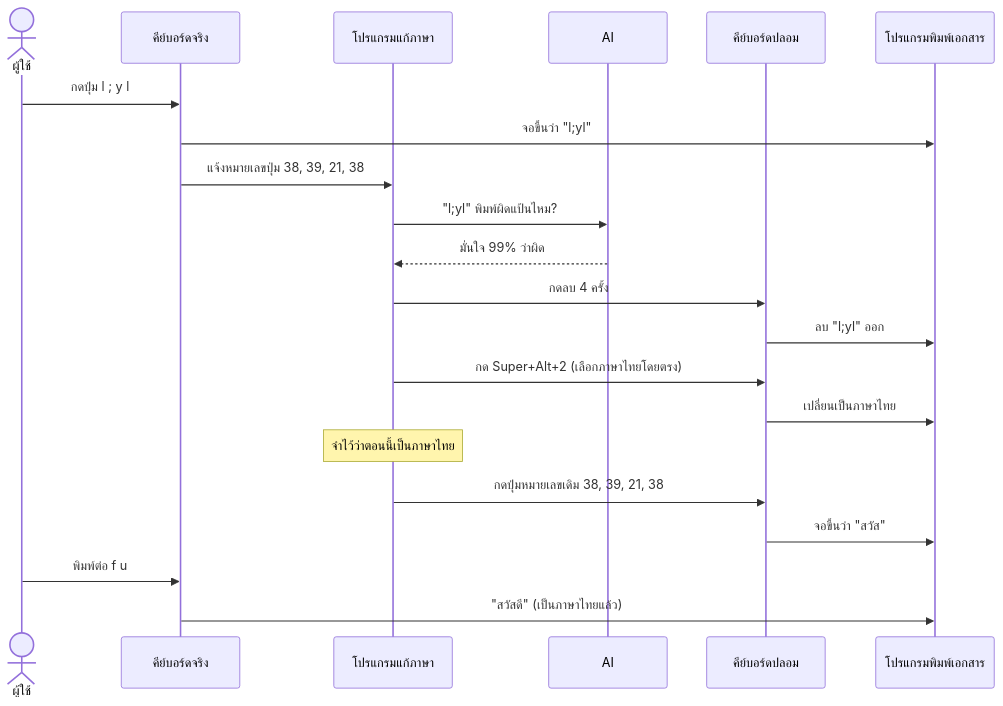
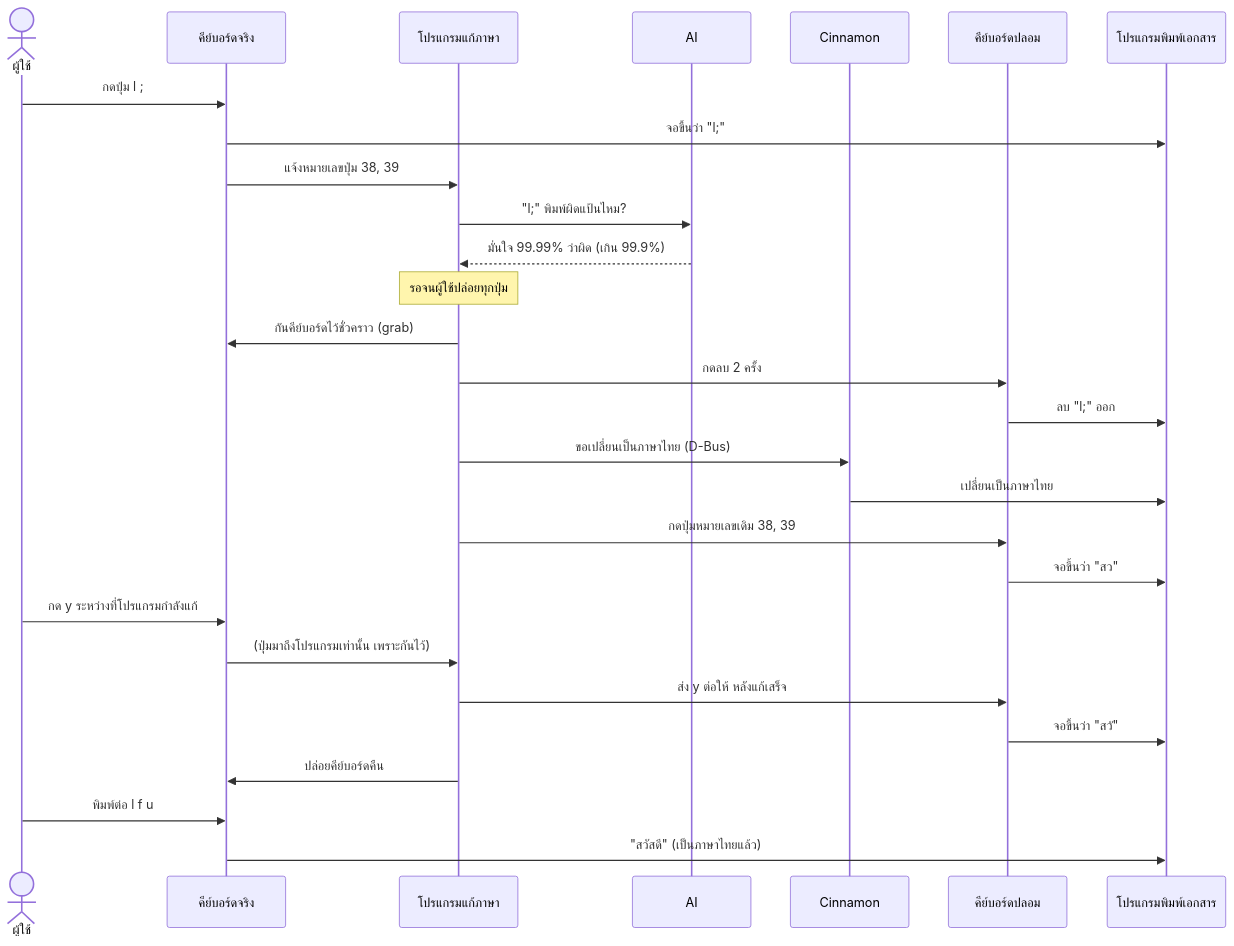
Before and after one commit to Mhapong/LuemPreanParSar: the fifth of 5 diagrams in docs/FLOW.md, drawn with Mermaid. The commit also changed other lines of this file and 17 other files, not shown here.

First line of the commit message:
Add report figures and refresh diagrams for the current daemon

````diff
--- a/docs/FLOW.md
+++ b/docs/FLOW.md
@@ -192,24 +206,31 @@
 ```mermaid
 sequenceDiagram
     actor U as ผู้ใช้
     participant K as คีย์บอร์ดจริง
     participant D as โปรแกรมแก้ภาษา
     participant M as AI
+    participant C as Cinnamon
     participant V as คีย์บอร์ดปลอม
     participant A as โปรแกรมพิมพ์เอกสาร
 
-    U->>K: กดปุ่ม l #59; y l
-    K->>A: จอขึ้นว่า "l#59;yl"
-    K->>D: แจ้งหมายเลขปุ่ม 38, 39, 21, 38
-    D->>M: "l#59;yl" พิมพ์ผิดแป้นไหม?
-    M-->>D: มั่นใจ 99% ว่าผิด
-    D->>V: กดลบ 4 ครั้ง
-    V->>A: ลบ "l#59;yl" ออก
-    D->>V: กด Super+Alt+2 (เลือกภาษาไทยโดยตรง)
-    V->>A: เปลี่ยนเป็นภาษาไทย
-    Note over D: จำไว้ว่าตอนนี้เป็นภาษาไทย
-    D->>V: กดปุ่มหมายเลขเดิม 38, 39, 21, 38
-    V->>A: จอขึ้นว่า "สวัส"
-    U->>K: พิมพ์ต่อ f u
+    U->>K: กดปุ่ม l #59;
+    K->>A: จอขึ้นว่า "l#59;"
+    K->>D: แจ้งหมายเลขปุ่ม 38, 39
+    D->>M: "l#59;" พิมพ์ผิดแป้นไหม?
+    M-->>D: มั่นใจ 99.99% ว่าผิด (เกิน 99.9%)
+    Note over D: รอจนผู้ใช้ปล่อยทุกปุ่ม
+    D->>K: กันคีย์บอร์ดไว้ชั่วคราว (grab)
+    D->>V: กดลบ 2 ครั้ง
+    V->>A: ลบ "l#59;" ออก
+    D->>C: ขอเปลี่ยนเป็นภาษาไทย (D-Bus)
+    C->>A: เปลี่ยนเป็นภาษาไทย
+    D->>V: กดปุ่มหมายเลขเดิม 38, 39
+    V->>A: จอขึ้นว่า "สว"
+    U->>K: กด y ระหว่างที่โปรแกรมกำลังแก้
+    K->>D: (ปุ่มมาถึงโปรแกรมเท่านั้น เพราะกันไว้)
+    D->>V: ส่ง y ต่อให้ หลังแก้เสร็จ
+    V->>A: จอขึ้นว่า "สวั"
+    D->>K: ปล่อยคีย์บอร์ดคืน
+    U->>K: พิมพ์ต่อ l f u
     K->>A: "สวัสดี" (เป็นภาษาไทยแล้ว)
 ```
````
